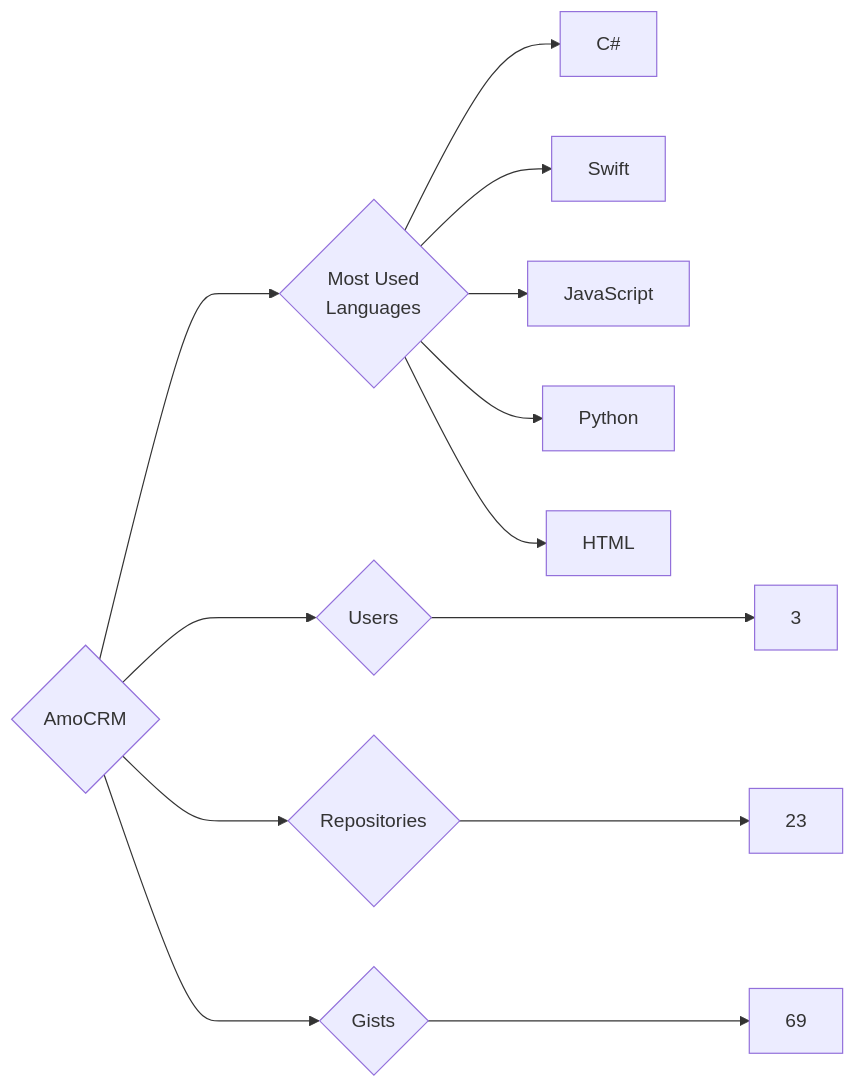
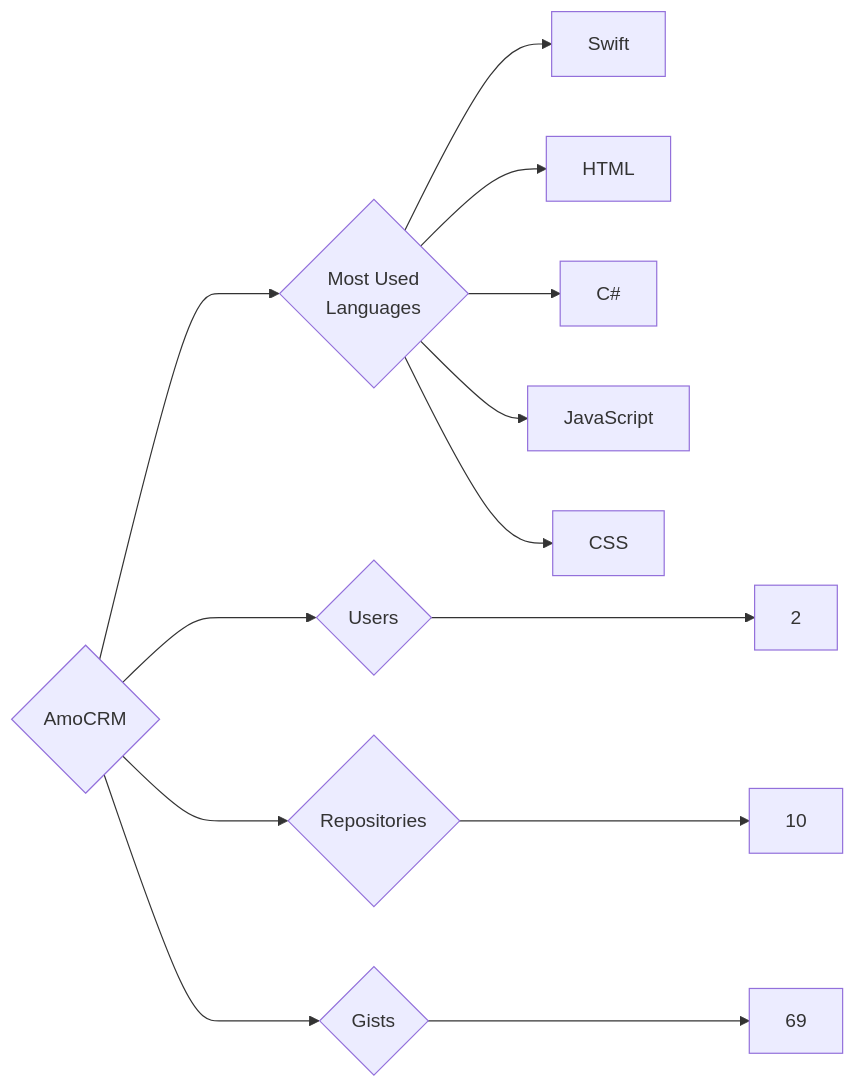
Before and after one commit to trickest/insiders: the diagram in targets/AmoCRM/README.md, drawn with Mermaid. The commit also changed 873 other files, not shown here.

````diff
--- a/targets/AmoCRM/README.md
+++ b/targets/AmoCRM/README.md
@@ -3,13 +3,13 @@
 ```mermaid
 graph LR
 COMPANY_NAME{AmoCRM}
-COMPANY_NAME ---> U{Users} ---> UN[3]
-COMPANY_NAME ---> R{Repositories} ---> RN[23]
+COMPANY_NAME ---> U{Users} ---> UN[2]
+COMPANY_NAME ---> R{Repositories} ---> RN[10]
 COMPANY_NAME ---> G{Gists} ---> GN[69]
 COMPANY_NAME ---> ML{Most Used<br>Languages}
+ML --> Swift[Swift]
+ML --> HTML[HTML]
 ML --> C#[C#]
-ML --> Swift[Swift]
 ML --> JavaScript[JavaScript]
-ML --> Python[Python]
-ML --> HTML[HTML]
+ML --> CSS[CSS]
 ```
````
